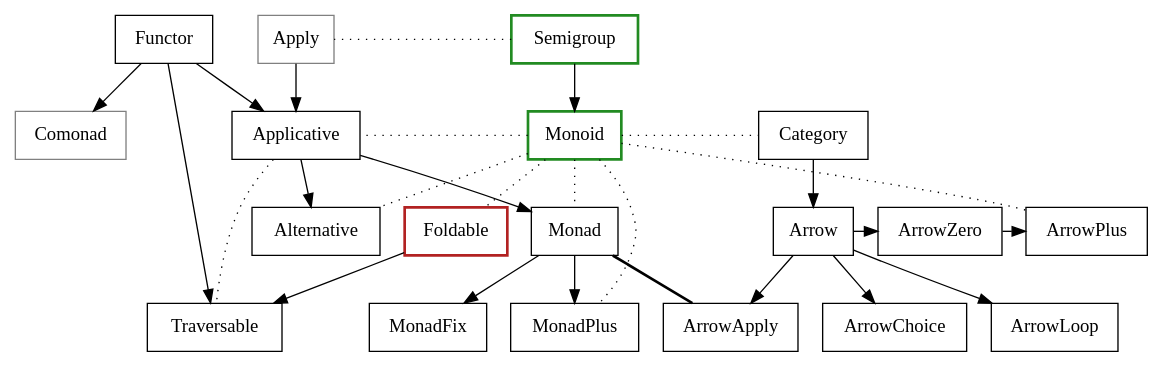
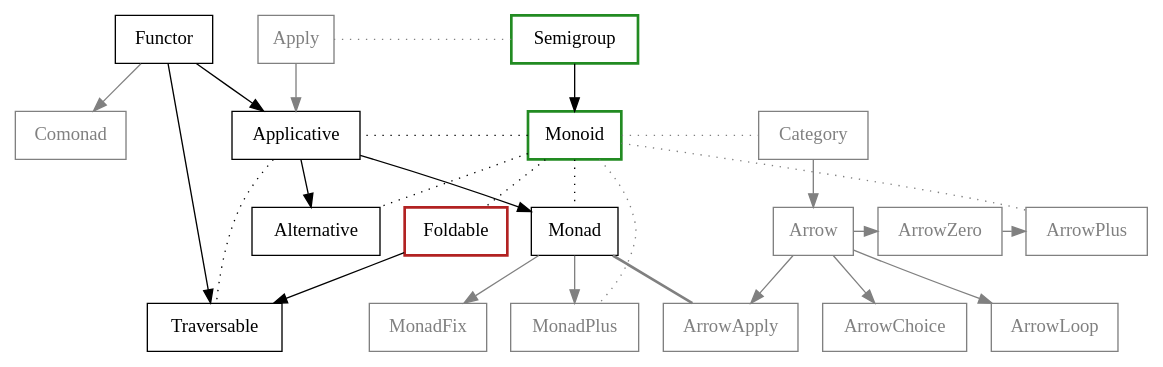
Before and after one commit to nsu-syspro/haskell-slides: the diagram in images/typeclassopedia-foldable.gv, drawn with Graphviz. The commit also changed 5 other files, not shown here.

```diff
--- a/images/typeclassopedia-foldable.gv
+++ b/images/typeclassopedia-foldable.gv
@@ -1,32 +1,43 @@
 digraph {
   node [shape=box];
   Functor -> Applicative -> Monad;
-  Apply -> Applicative;
-  Semigroup -> Apply [constraint=false; style=dotted; arrowhead=none];
-  Semigroup [color=forestgreen; penwidth=2];
-  Apply [color=grey];
+  Apply -> Applicative [color=grey];
+  Semigroup -> Apply [color=grey; constraint=false; style=dotted; arrowhead=none];
   Applicative -> Alternative;
-  Monad -> MonadPlus;
-  Monad -> MonadFix;
+  Monad -> MonadPlus [color=grey];
+  Monad -> MonadFix [color=grey];
   Semigroup -> Monoid;
-  Monoid [color=forestgreen; penwidth=2];
   Monoid -> Applicative [constraint=false; style=dotted; arrowhead=none];
-  Monoid -> Category [constraint=false; style=dotted; arrowhead=none];
+  Monoid -> Category [color=grey; constraint=false; style=dotted; arrowhead=none];
   Monoid -> Alternative [style=dotted; arrowhead=none];
-  Monoid -> MonadPlus [style=dotted; arrowhead=none];
-  Category -> Arrow -> ArrowChoice;
-  Arrow -> ArrowApply;
-  Arrow -> ArrowLoop;
-  Arrow -> ArrowZero -> ArrowPlus;
+  Monoid -> MonadPlus [color=grey; style=dotted; arrowhead=none];
+  Category -> Arrow -> ArrowChoice [color=grey];
+  Arrow -> ArrowApply [color=grey];
+  Arrow -> ArrowLoop [color=grey];
+  Arrow -> ArrowZero -> ArrowPlus [color=grey];
   {rank = same; Arrow; ArrowZero; ArrowPlus}
-  Monoid -> ArrowPlus [style=dotted; arrowhead=none];
-  Monad -> ArrowApply [style=bold, arrowhead=none];
+  Monoid -> ArrowPlus [color=grey; style=dotted; arrowhead=none];
+  Monad -> ArrowApply [color=grey; style=bold, arrowhead=none];
   Monoid -> Foldable [style=dotted; arrowhead=none];
-  Foldable [color=firebrick; penwidth=2];
   Monoid -> Monad [style=dotted; arrowhead=none];
   Applicative -> Traversable [style=dotted; arrowhead=none];
   Foldable -> Traversable;
   Functor -> Traversable;
-  Comonad [color=grey];
-  Functor -> Comonad;
+  Functor -> Comonad [color=grey];
+
+  Apply [color=grey, fontcolor=grey];
+  Comonad [color=grey, fontcolor=grey];
+  Category [color=grey, fontcolor=grey];
+  Arrow [color=grey, fontcolor=grey];
+  ArrowZero [color=grey, fontcolor=grey];
+  ArrowPlus [color=grey, fontcolor=grey];
+  ArrowApply [color=grey, fontcolor=grey];
+  ArrowChoice [color=grey, fontcolor=grey];
+  ArrowLoop [color=grey, fontcolor=grey];
+  MonadFix [color=grey, fontcolor=grey];
+  MonadPlus [color=grey, fontcolor=grey];
+
+  Semigroup [color=forestgreen; penwidth=2];
+  Monoid [color=forestgreen; penwidth=2];
+  Foldable [color=firebrick; penwidth=2];
 }
```
